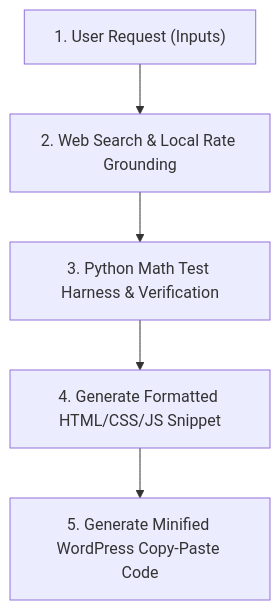
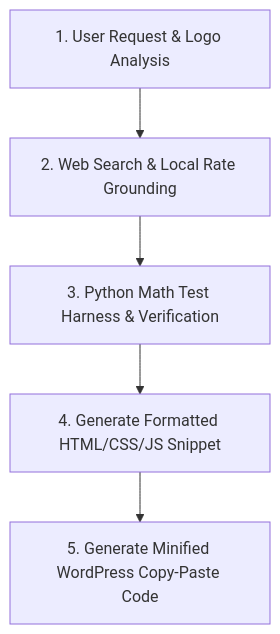
The diagram in SKILL.md (Bluejaypro-Team/wordpress-cost-calculator-builder), drawn with Mermaid before and after one commit. The commit also changed other lines of this file, not shown here.

Commit message:
Update wordpress-cost-calculator-builder SKILL.md with logo color extraction, centered title, #FFFFFF background, 3-factor inputs, ultra-simple results, and call CTA banner

````diff
--- a/SKILL.md
+++ b/SKILL.md
@@ -34,7 +56,7 @@
 ```mermaid
 flowchart TD
-    A["1. User Request (Inputs)"] --> B["2. Web Search & Local Rate Grounding"]
+    A["1. User Request & Logo Analysis"] --> B["2. Web Search & Local Rate Grounding"]
     B --> C["3. Python Math Test Harness & Verification"]
     C --> D["4. Generate Formatted HTML/CSS/JS Snippet"]
     D --> E["5. Generate Minified WordPress Copy-Paste Code"]
 ```
````
